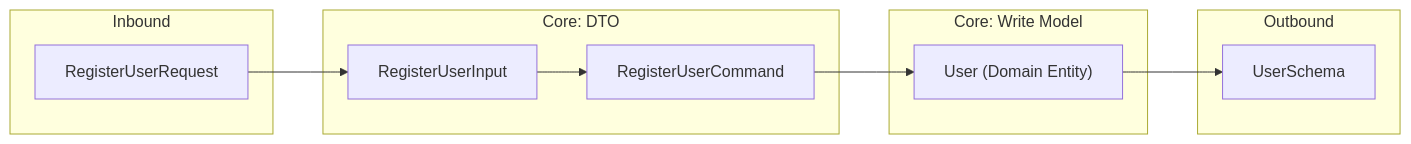
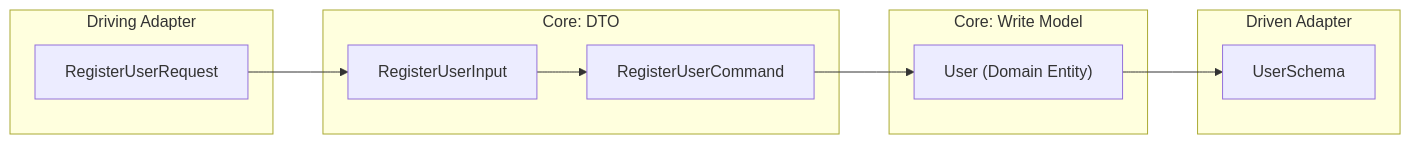
The third of 4 diagrams in prompts/guideline_v3.md (KScaesar/vibe-coder), drawn with Mermaid before and after one commit. The commit also changed other lines of this file, not shown here.

````diff
--- a/prompts/guideline_v3.md
+++ b/prompts/guideline_v3.md
@@ -199,20 +205,20 @@
 ```mermaid
 flowchart LR
-    subgraph Inbound
+    subgraph DrivingAdapter ["Driving Adapter"]
         Req[RegisterUserRequest]
     end
     subgraph CoreDTO ["Core: DTO"]
         Input[RegisterUserInput]
         Cmd[RegisterUserCommand]
     end
     subgraph CoreWrite ["Core: Write Model"]
         Domain["User (Domain Entity)"]
     end
-    subgraph Outbound
+    subgraph DrivenAdapter ["Driven Adapter"]
         Schema[UserSchema]
     end
     Req --> Input
     Input --> Cmd
     Cmd --> Domain
     Domain --> Schema
 ```
````
